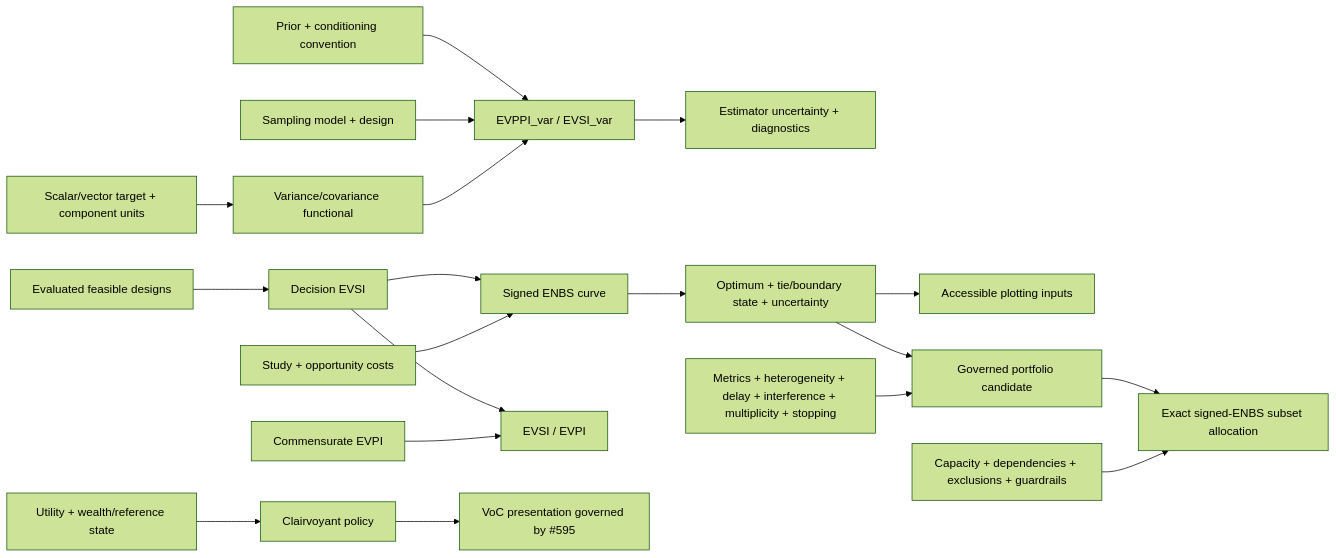
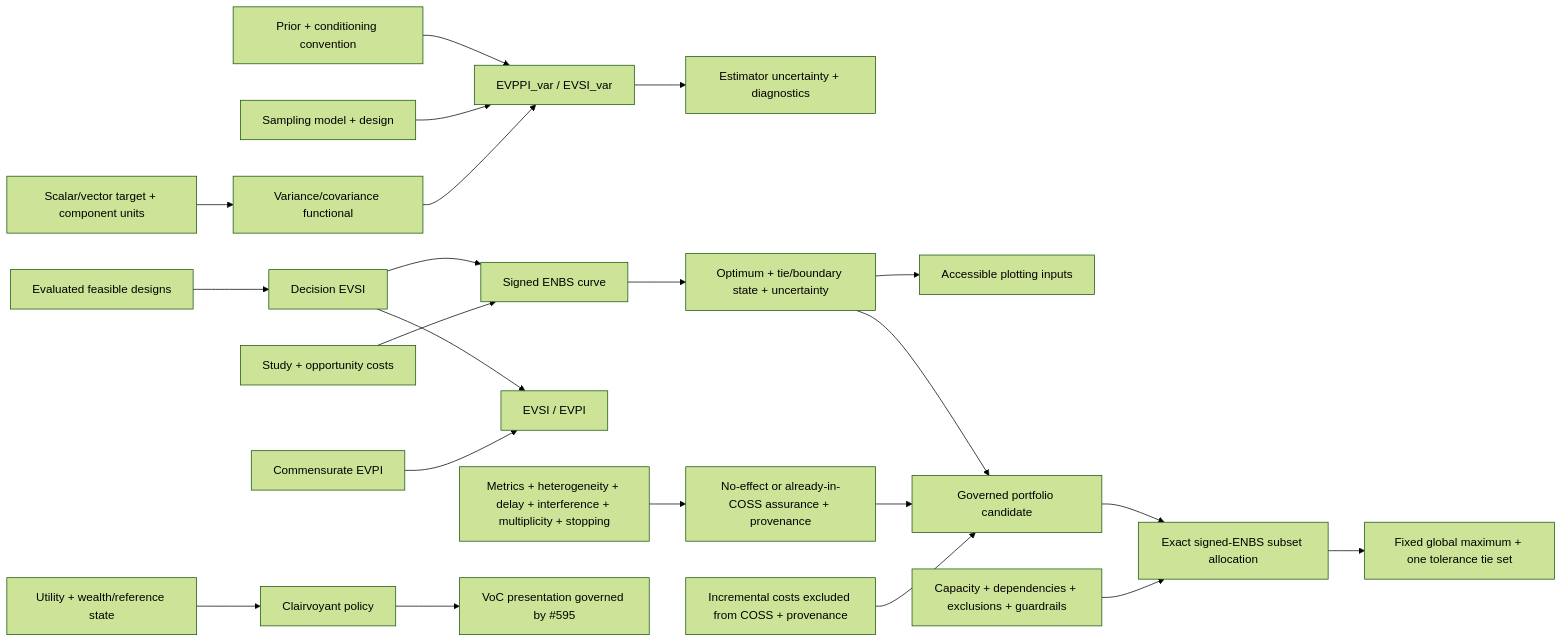
Before and after one commit to edithatogo/voiage: the third of 7 diagrams in conductor/design.md, drawn with Mermaid (forest theme). The commit also changed 11 other files, not shown here.

````diff
--- a/conductor/design.md
+++ b/conductor/design.md
@@ -44,23 +44,26 @@
 ```mermaid
 flowchart LR
     Target["Scalar/vector target + component units"] --> Functional["Variance/covariance functional"]
     Conditioning["Prior + conditioning convention"] --> Estimation["EVPPI_var / EVSI_var"]
     Sampling["Sampling model + design"] --> Estimation
     Functional --> Estimation
     Estimation --> Assurance["Estimator uncertainty + diagnostics"]
 
     Designs["Evaluated feasible designs"] --> EVSI["Decision EVSI"]
     EVSI --> ENBS["Signed ENBS curve"]
     Costs["Study + opportunity costs"] --> ENBS
     ENBS --> COSS["Optimum + tie/boundary state + uncertainty"]
     COSS --> Plot["Accessible plotting inputs"]
     EVSI --> Ratio["EVSI / EVPI"]
     EVPI["Commensurate EVPI"] --> Ratio
     COSS --> Candidate["Governed portfolio candidate"]
-    PortfolioSemantics["Metrics + heterogeneity + delay + interference + multiplicity + stopping"] --> Candidate
+    PortfolioSemantics["Metrics + heterogeneity + delay + interference + multiplicity + stopping"] --> AssuranceDeclaration["No-effect or already-in-COSS assurance + provenance"]
+    AssuranceDeclaration --> Candidate
+    DisjointCosts["Incremental costs excluded from COSS + provenance"] --> Candidate
     Candidate --> Portfolio["Exact signed-ENBS subset allocation"]
     PortfolioConstraints["Capacity + dependencies + exclusions + guardrails"] --> Portfolio
+    Portfolio --> GlobalTieSet["Fixed global maximum + one tolerance tie set"]
 
     Utility["Utility + wealth/reference state"] --> Clairvoyant["Clairvoyant policy"]
     Clairvoyant --> VoC["VoC presentation governed by #595"]
 ```
````
